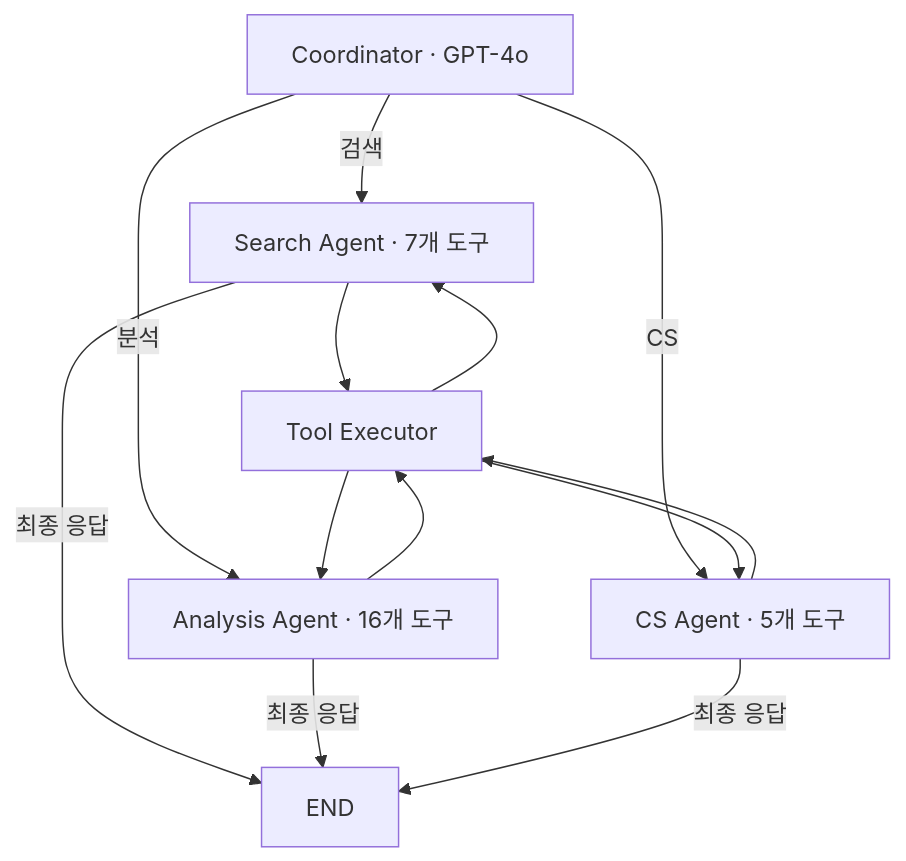
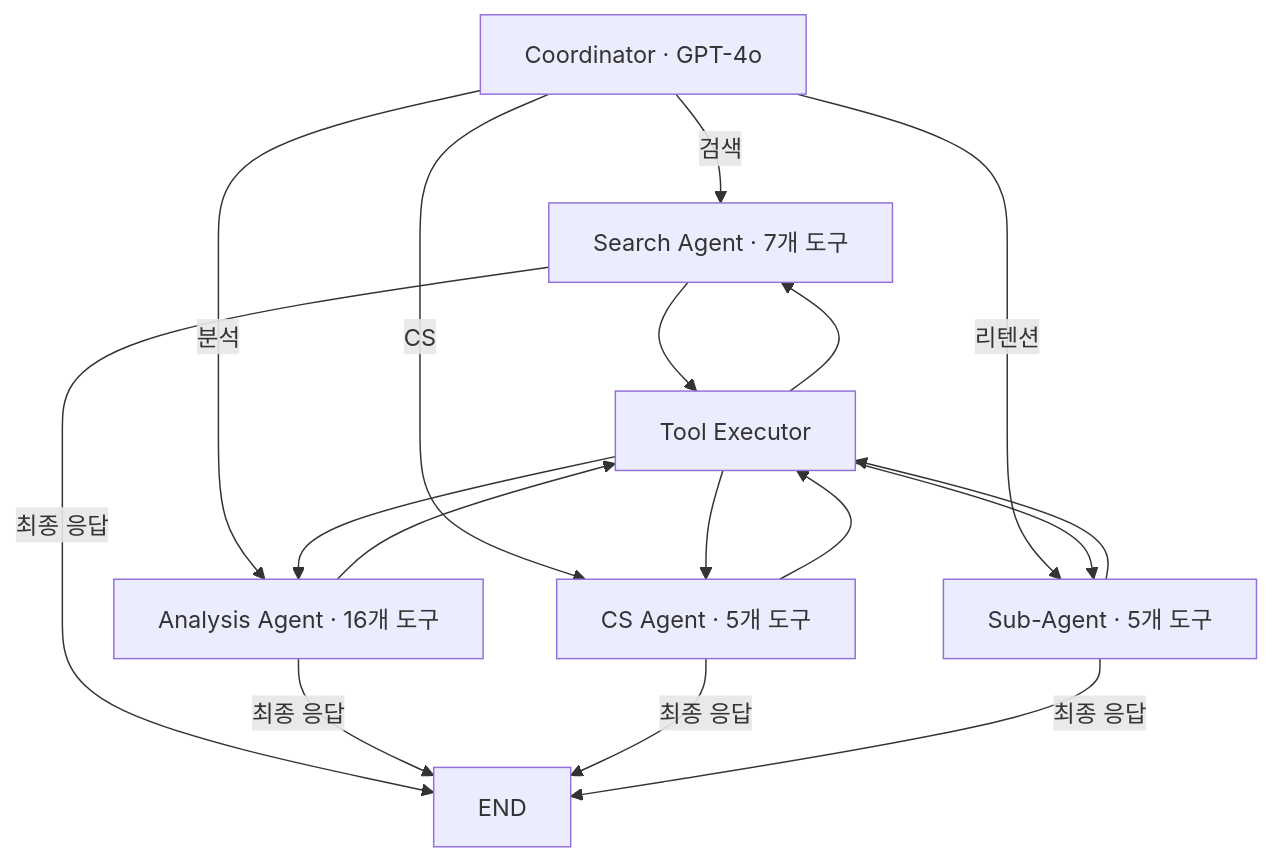
The fourth of 15 diagrams in portfolio/PORTFOLIO.md (ASNGG/cafe24-demo), drawn with Mermaid before and after one commit. The commit also changed other lines of this file and 57 other files, not shown here.

````diff
--- a/portfolio/PORTFOLIO.md
+++ b/portfolio/PORTFOLIO.md
@@ -314,8 +317,9 @@
 ```mermaid
 flowchart TD
     C["Coordinator · GPT-4o"] -->|"검색"| S["Search Agent · 7개 도구"]
     C -->|"분석"| A["Analysis Agent · 16개 도구"]
     C -->|"CS"| T["CS Agent · 5개 도구"]
-    S & A & T --> Tools["Tool Executor"]
-    Tools --> S & A & T -->|"최종 응답"| END
+    C -->|"리텐션"| R["Sub-Agent · 5개 도구"]
+    S & A & T & R --> Tools["Tool Executor"]
+    Tools --> S & A & T & R -->|"최종 응답"| END
 ```
````
